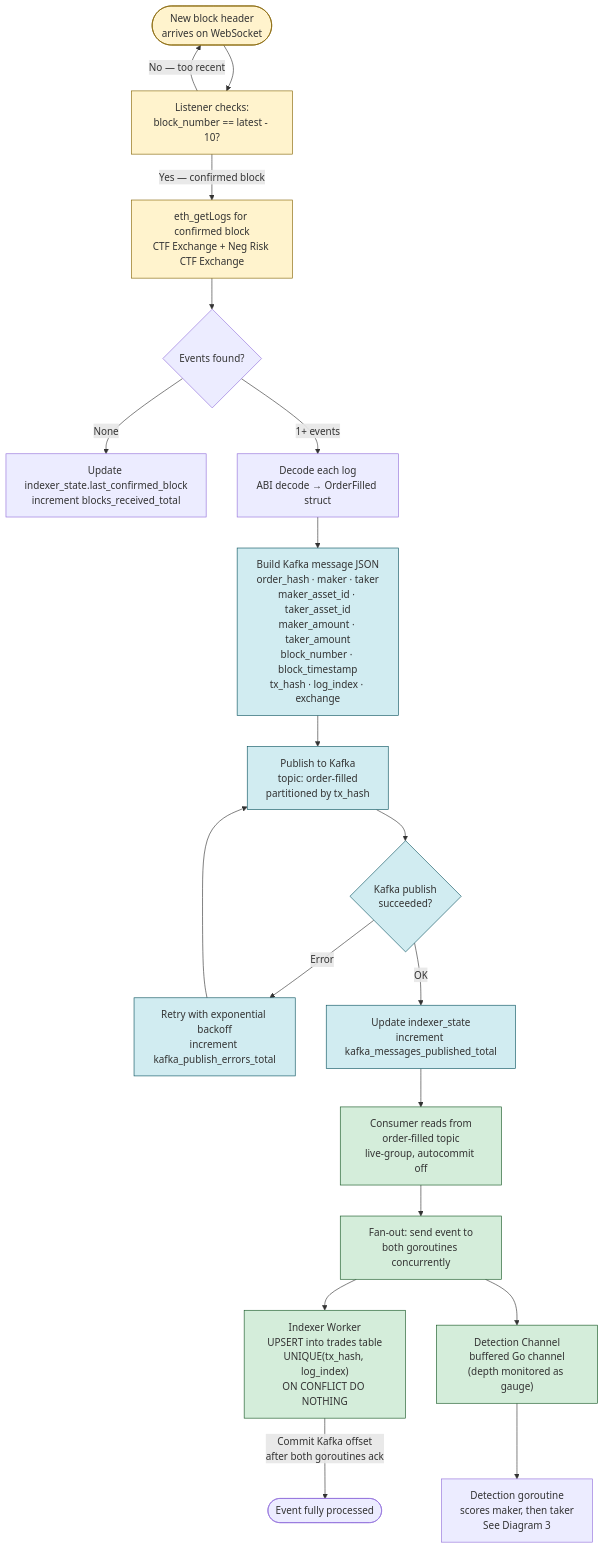
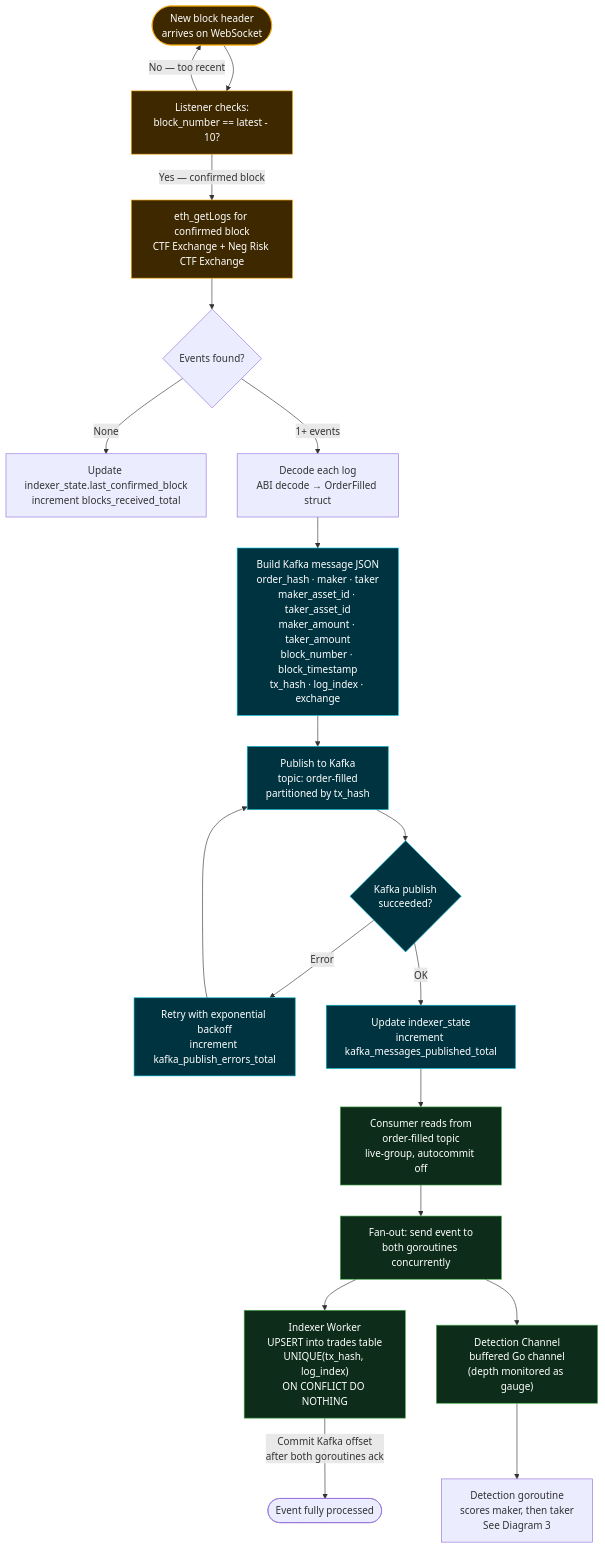
Before and after one commit to rahul7668gupta/polymarket-insider-trading-indexing-and-detection: the second of 8 diagrams in polymarket_insider_trading_detection_diagram.md, drawn with Mermaid. The commit also changed other lines of this file, not shown here.

Commit message:
diagram color scheme update

````diff
--- a/polymarket_insider_trading_detection_diagram.md
+++ b/polymarket_insider_trading_detection_diagram.md
@@ -123,37 +123,37 @@
 ```mermaid
 flowchart TD
     A(["New block header<br/>arrives on WebSocket"]) --> B["Listener checks:<br/>block_number == latest - 10?"]
     B -->|"No — too recent"| A
     B -->|"Yes — confirmed block"| C["eth_getLogs for confirmed block<br/>CTF Exchange + Neg Risk CTF Exchange"]
 
     C --> D{"Events found?"}
     D -->|"None"| E["Update indexer_state.last_confirmed_block<br/>increment blocks_received_total"]
     D -->|"1+ events"| F["Decode each log<br/>ABI decode → OrderFilled struct"]
 
     F --> G["Build Kafka message JSON<br/>order_hash · maker · taker<br/>maker_asset_id · taker_asset_id<br/>maker_amount · taker_amount<br/>block_number · block_timestamp<br/>tx_hash · log_index · exchange"]
 
     G --> H["Publish to Kafka<br/>topic: order-filled<br/>partitioned by tx_hash"]
 
     H --> I{"Kafka publish<br/>succeeded?"}
     I -->|"Error"| J["Retry with exponential backoff<br/>increment kafka_publish_errors_total"]
     J --> H
     I -->|"OK"| K["Update indexer_state<br/>increment kafka_messages_published_total"]
 
     K --> L["Consumer reads from<br/>order-filled topic<br/>live-group, autocommit off"]
     L --> M["Fan-out: send event to<br/>both goroutines concurrently"]
 
     M --> N["Indexer Worker<br/>UPSERT into trades table<br/>UNIQUE(tx_hash, log_index)<br/>ON CONFLICT DO NOTHING"]
     M --> O["Detection Channel<br/>buffered Go channel<br/>(depth monitored as gauge)"]
 
     N -->|"Commit Kafka offset<br/>after both goroutines ack"| P(["Event fully processed"])
     O --> Q["Detection goroutine<br/>scores maker, then taker<br/>See Diagram 3"]
 
-    classDef polygon fill:#fff3cd,stroke:#856404
-    classDef kafka fill:#d1ecf1,stroke:#0c5460
-    classDef consumer fill:#d4edda,stroke:#155724
-    classDef decision fill:#e2d9f3,stroke:#5a189a
+    classDef polygon fill:#3d2800,stroke:#f0a500,color:#fff
+    classDef kafka fill:#003340,stroke:#00bcd4,color:#fff
+    classDef consumer fill:#0d2d1a,stroke:#4caf50,color:#fff
+    classDef decision fill:#1e0a3d,stroke:#9c27b0,color:#fff
 
     class A,B,C polygon
     class G,H,I,J,K kafka
     class L,M,N,O consumer
 ```
````
